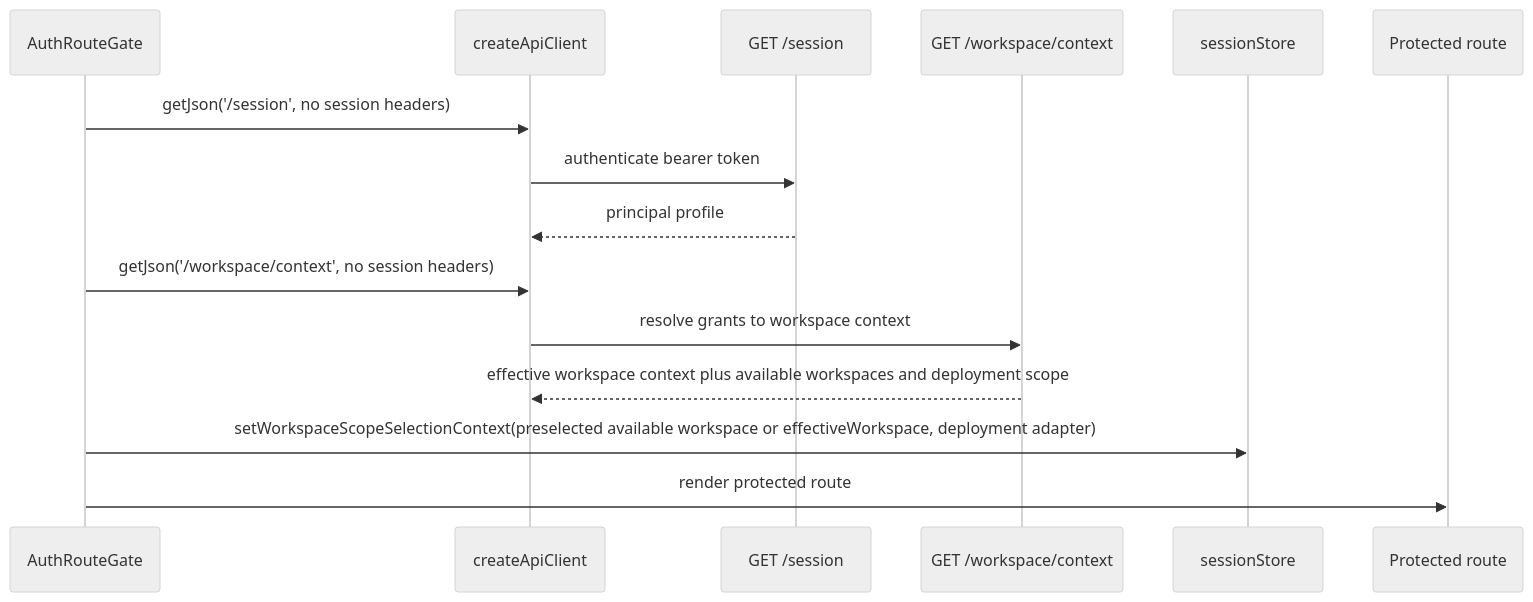
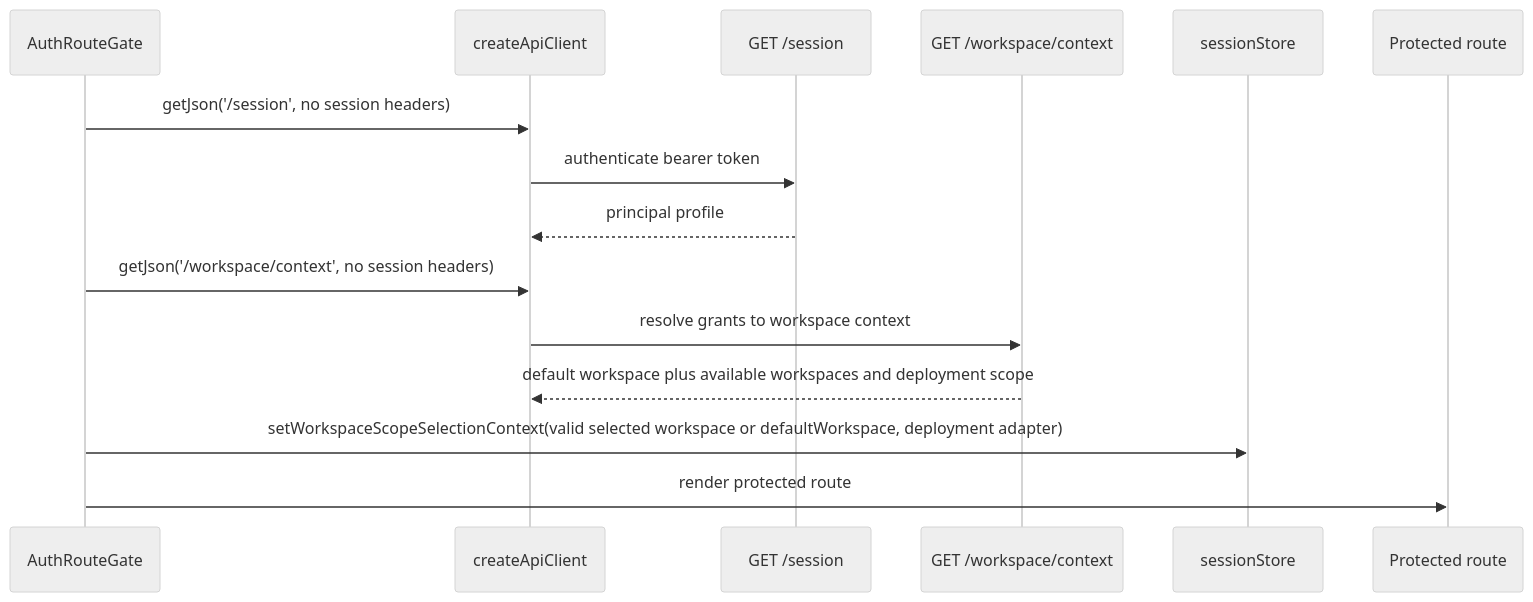
The second of 2 diagrams in docs/architecture/components/web/appshell/effective-workspace-context-component.md (dunay2/dvt), drawn with Mermaid (neutral theme) before and after one commit. The commit also changed other lines of this file and 25 other files, not shown here.

Commit message:
docs(docs): Align workspace and graph authority truth

````diff
--- a/docs/architecture/components/web/appshell/effective-workspace-context-component.md
+++ b/docs/architecture/components/web/appshell/effective-workspace-context-component.md
@@ -76,18 +79,18 @@
 ```mermaid
 sequenceDiagram
   participant Gate as AuthRouteGate
   participant Api as createApiClient
   participant Session as GET /session
   participant Context as GET /workspace/context
   participant Store as sessionStore
   participant Route as Protected route
 
   Gate->>Api: getJson('/session', no session headers)
   Api->>Session: authenticate bearer token
   Session-->>Api: principal profile
   Gate->>Api: getJson('/workspace/context', no session headers)
   Api->>Context: resolve grants to workspace context
-  Context-->>Api: effective workspace context plus available workspaces and deployment scope
-  Gate->>Store: setWorkspaceScopeSelectionContext(preselected available workspace or effectiveWorkspace, deployment adapter)
+  Context-->>Api: default workspace plus available workspaces and deployment scope
+  Gate->>Store: setWorkspaceScopeSelectionContext(valid selected workspace or defaultWorkspace, deployment adapter)
   Gate->>Route: render protected route
 ```
````
